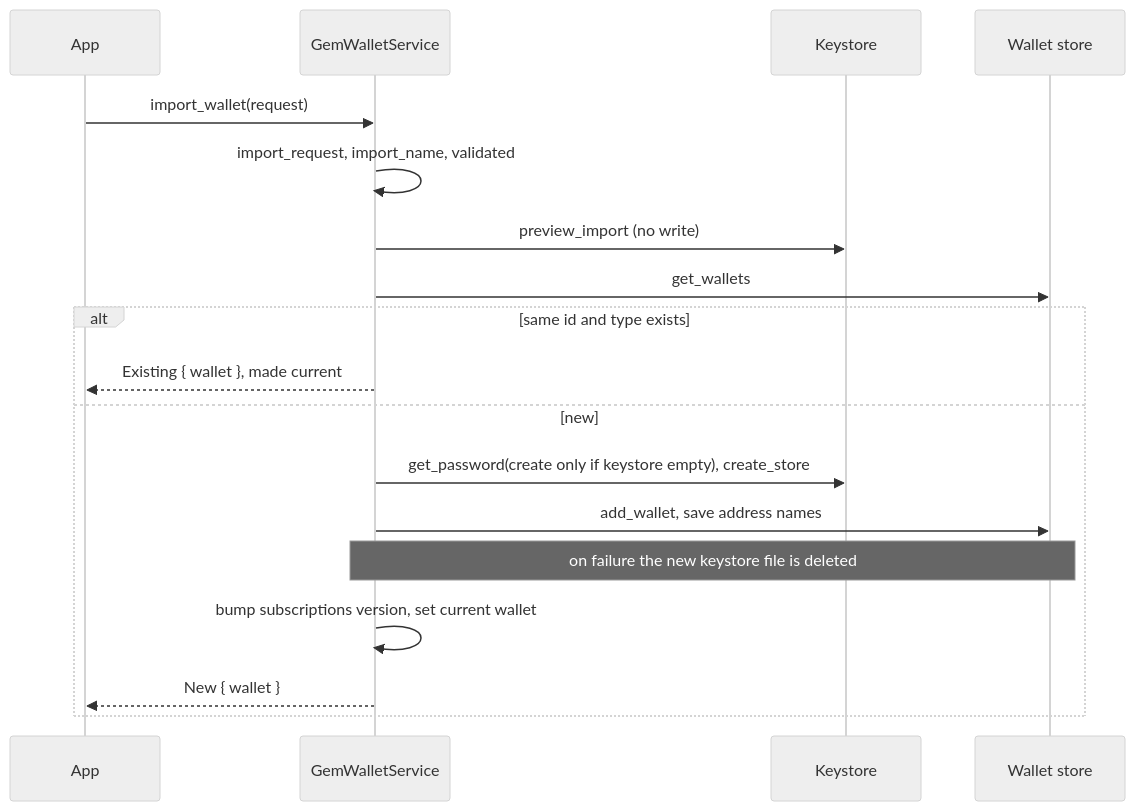
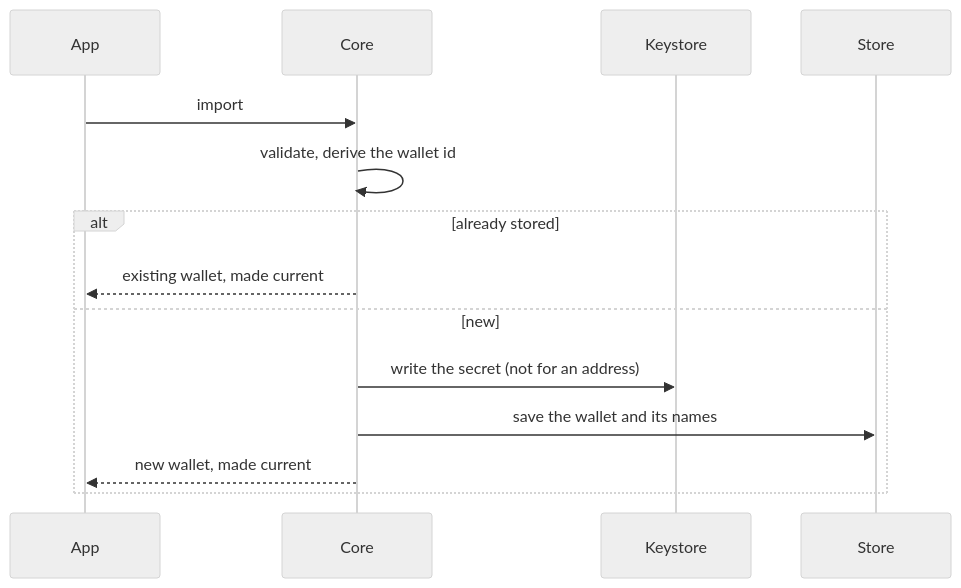
The second of 4 diagrams in docs/PRODUCT.md (Kushmanmb/wallet), drawn with Mermaid (neutral theme) before and after one commit. The commit also changed other lines of this file, not shown here.

Commit message:
Shorten the product behavior diagrams

````diff
--- a/docs/PRODUCT.md
+++ b/docs/PRODUCT.md
@@ -105,20 +105,16 @@
 ```mermaid
 sequenceDiagram
     participant App
-    participant W as GemWalletService
-    participant K as Keystore
-    participant S as Wallet store
-    App->>W: import_wallet(request)
-    W->>W: import_request, import_name, validated
-    W->>K: preview_import (no write)
-    W->>S: get_wallets
-    alt same id and type exists
-        W-->>App: Existing { wallet }, made current
+    participant Core
+    participant Keystore
+    participant Store
+    App->>Core: import
+    Core->>Core: validate, derive the wallet id
+    alt already stored
+        Core-->>App: existing wallet, made current
     else new
-        W->>K: get_password(create only if keystore empty), create_store
-        W->>S: add_wallet, save address names
-        Note over W,S: on failure the new keystore file is deleted
-        W->>W: bump subscriptions version, set current wallet
-        W-->>App: New { wallet }
+        Core->>Keystore: write the secret (not for an address)
+        Core->>Store: save the wallet and its names
+        Core-->>App: new wallet, made current
     end
 ```
````
